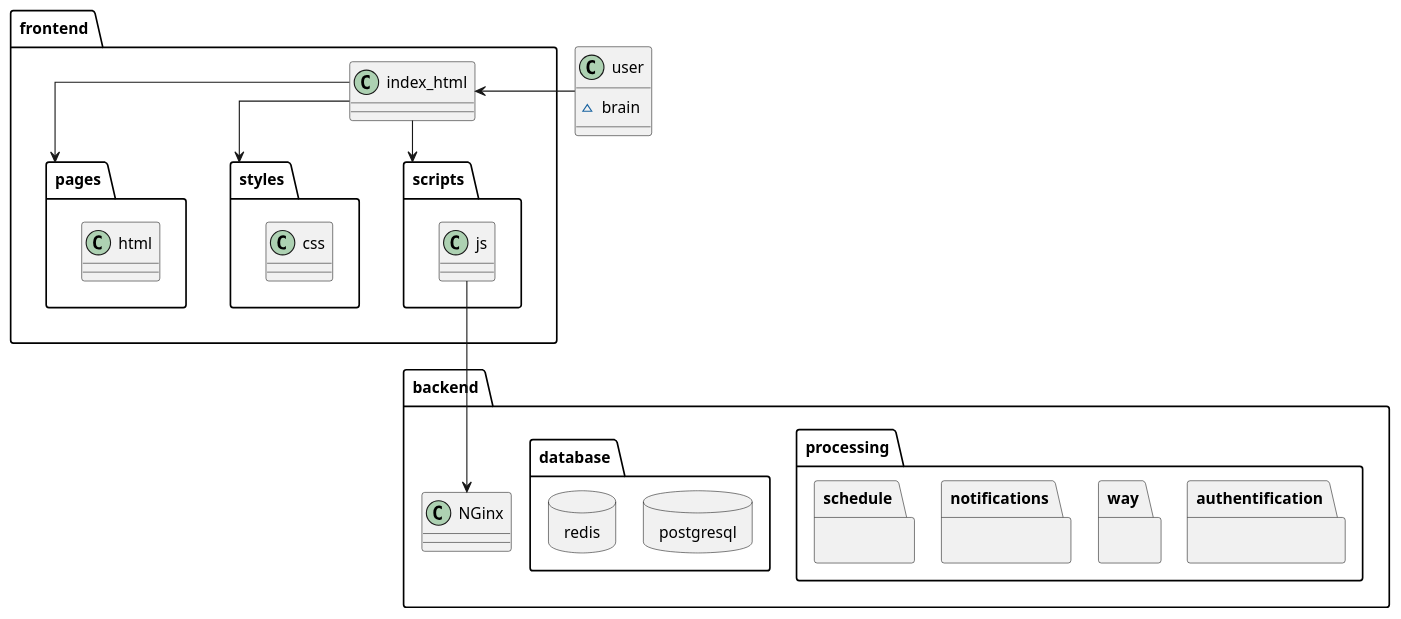
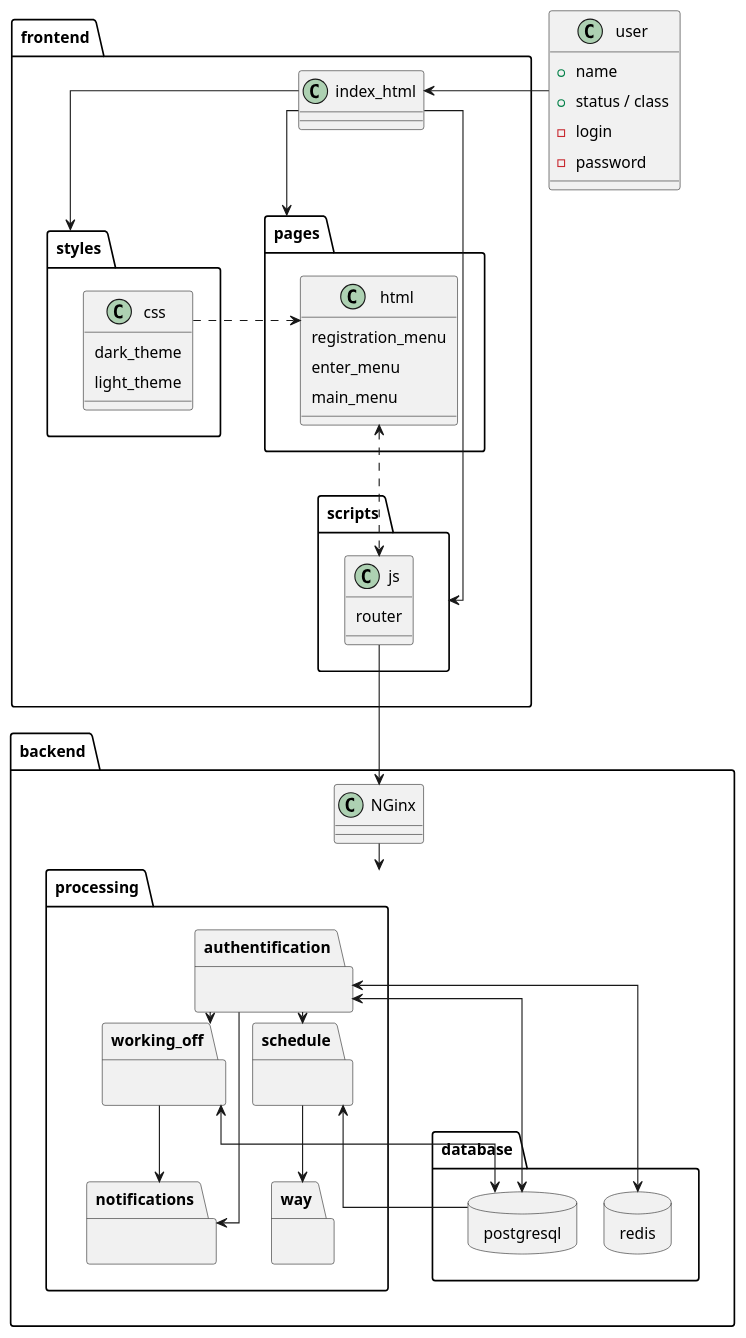
One commit to SkotnikovViktor/NNGASU_Services_Project changed the diagram in scheme.puml. Above: the diagram before and after it, drawn with PlantUML.

```diff
--- a/scheme.puml
+++ b/scheme.puml
@@ -1,64 +1,94 @@
 @startuml
 skinparam linetype ortho
 allowmixing
 
 skinparam nodesep 24
 skinparam ranksep 10
 skinparam padding 4
 
 class user {
-~ brain
++ name
++ status / class
+- login
+- password
 }
 
 ' === BACKEND ===
-package "backend" as back_part <<Folder>> {
+package backend <<Folder>> {
   class NGinx {}
 
   package processing {
     package authentification {}
     package way {}
     package notifications {}
     package schedule {}
+    package working_off {}
   }
 
   package database {
     database postgresql {
     }
 
     database redis {
     }
   }
 }
 
 ' === FRONTEND ===
-package "frontend" as front_part <<Folder>> {
+package frontend <<Folder>> {
  package pages {
-  class html {}
+  class html {
+    registration_menu
+    enter_menu
+    main_menu
+  }
  }
 
  package styles {
-  class css {}
+  class css {
+    dark_theme
+    light_theme
+  }
  }
 
  package scripts {
-  class js {}
+  class js {
+    router
+  }
  }
 
  class index_html {}
 }
 
 ' === DEPENDENCIES ===
 user -left--> index_html
 
 index_html --> pages
 index_html --> styles
 index_html --> scripts
 
+css -right..> html
+html <..> js
 
 js --> NGinx
 
+NGinx --> processing
+
+schedule <-- postgresql
+working_off <--> postgresql
+authentification <--> postgresql
+authentification <--> redis
+
+authentification --> working_off
+authentification --> schedule
+authentification --> notifications
+schedule --> way
+working_off --> notifications
+
 ' === HIDDEN ===
-js -[hidden]right- index_html
+redis -[hidden]left- postgresql
+processing -[hidden]down- database
+pages -[hidden]left- styles
 
 ' === NOTES ===
 @enduml
```
